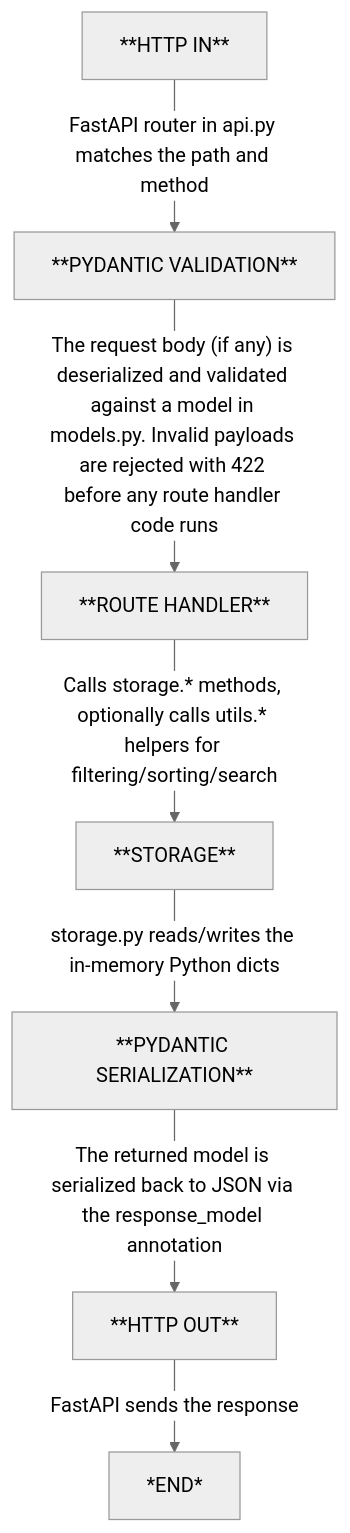
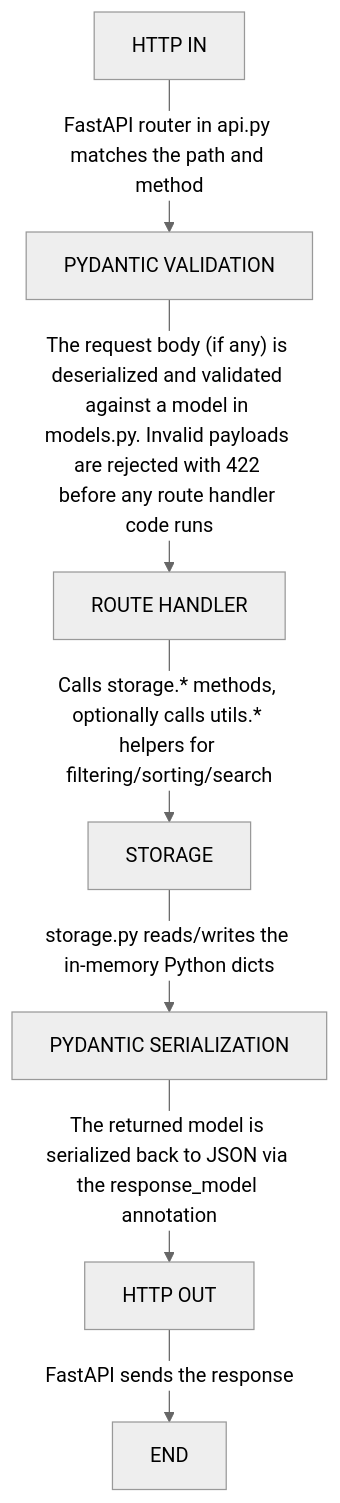
Before and after one commit to mikerukaj/saras_ai_10x-engineer-project-repo: the diagram in docs/SYSTEM_MODEL.md, drawn with Mermaid (neutral theme).

Commit message:
testing flow chart syntax in docs/SYSTEM_MODEL.md

````diff
--- a/docs/SYSTEM_MODEL.md
+++ b/docs/SYSTEM_MODEL.md
@@ -45,9 +45,9 @@
 ```mermaid
 flowchart TD
-    A[**HTTP IN**] -- FastAPI router in api.py matches the path and method --> B[**PYDANTIC VALIDATION**] 
-    B -- The request body (if any) is deserialized and validated against a model in models.py. Invalid payloads are rejected with 422 before any route handler code runs --> C[**ROUTE HANDLER**] 
-    C -- Calls storage.* methods, optionally calls utils.* helpers for filtering/sorting/search --> D[**STORAGE**] 
-    D -- storage.py reads/writes the in-memory Python dicts --> E[**PYDANTIC SERIALIZATION**] 
-    E -- The returned model is serialized back to JSON via the response_model annotation --> F[**HTTP OUT**] 
-    F -- FastAPI sends the response --> G[*END*]
+    A[HTTP IN] -- FastAPI router in api.py matches the path and method --> B[PYDANTIC VALIDATION] 
+    B -- The request body (if any) is deserialized and validated against a model in models.py. Invalid payloads are rejected with 422 before any route handler code runs --> C[ROUTE HANDLER] 
+    C -- Calls storage.* methods, optionally calls utils.* helpers for filtering/sorting/search --> D[STORAGE] 
+    D -- storage.py reads/writes the in-memory Python dicts --> E[PYDANTIC SERIALIZATION] 
+    E -- The returned model is serialized back to JSON via the response_model annotation --> F[HTTP OUT] 
+    F -- FastAPI sends the response --> G[END]
 ```
````
